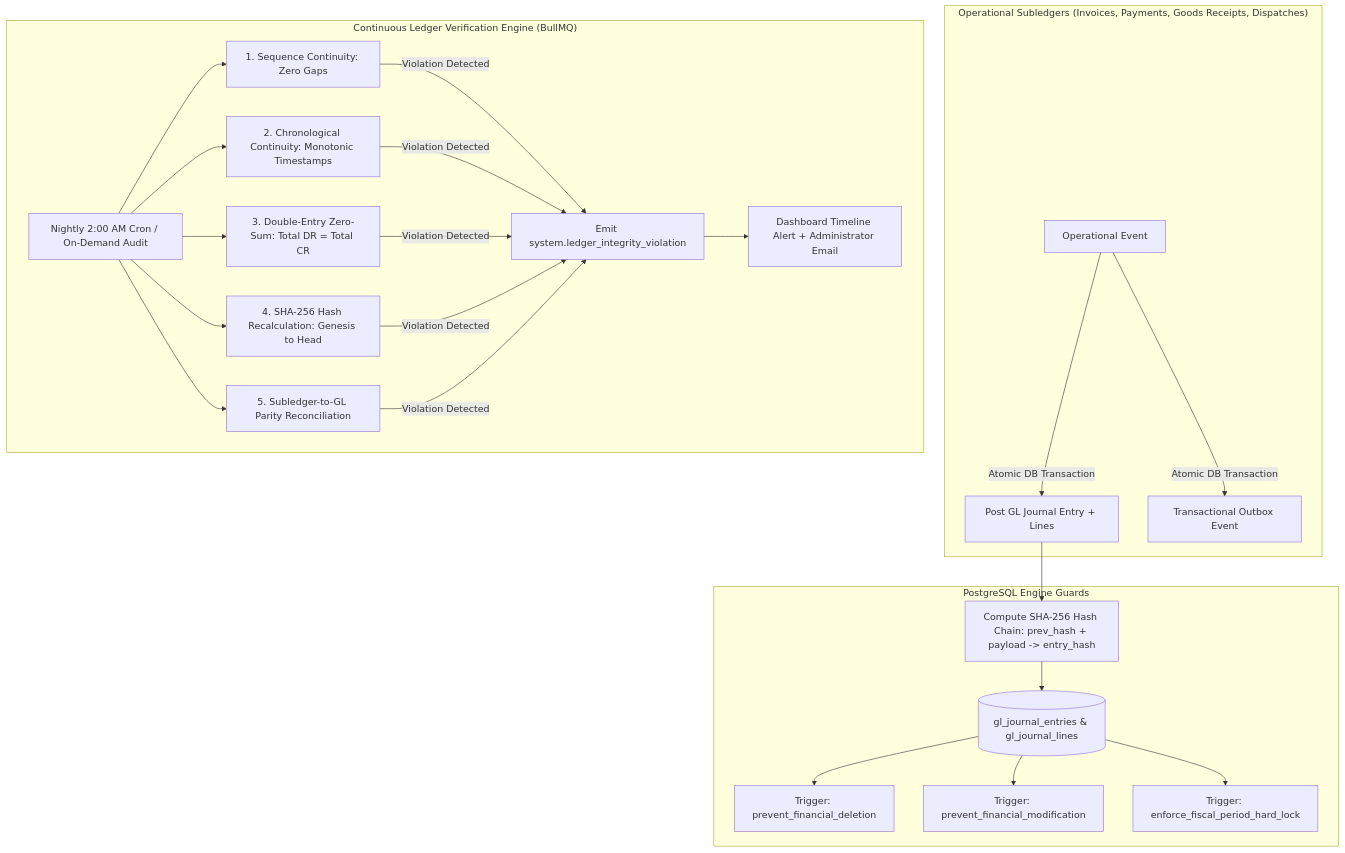
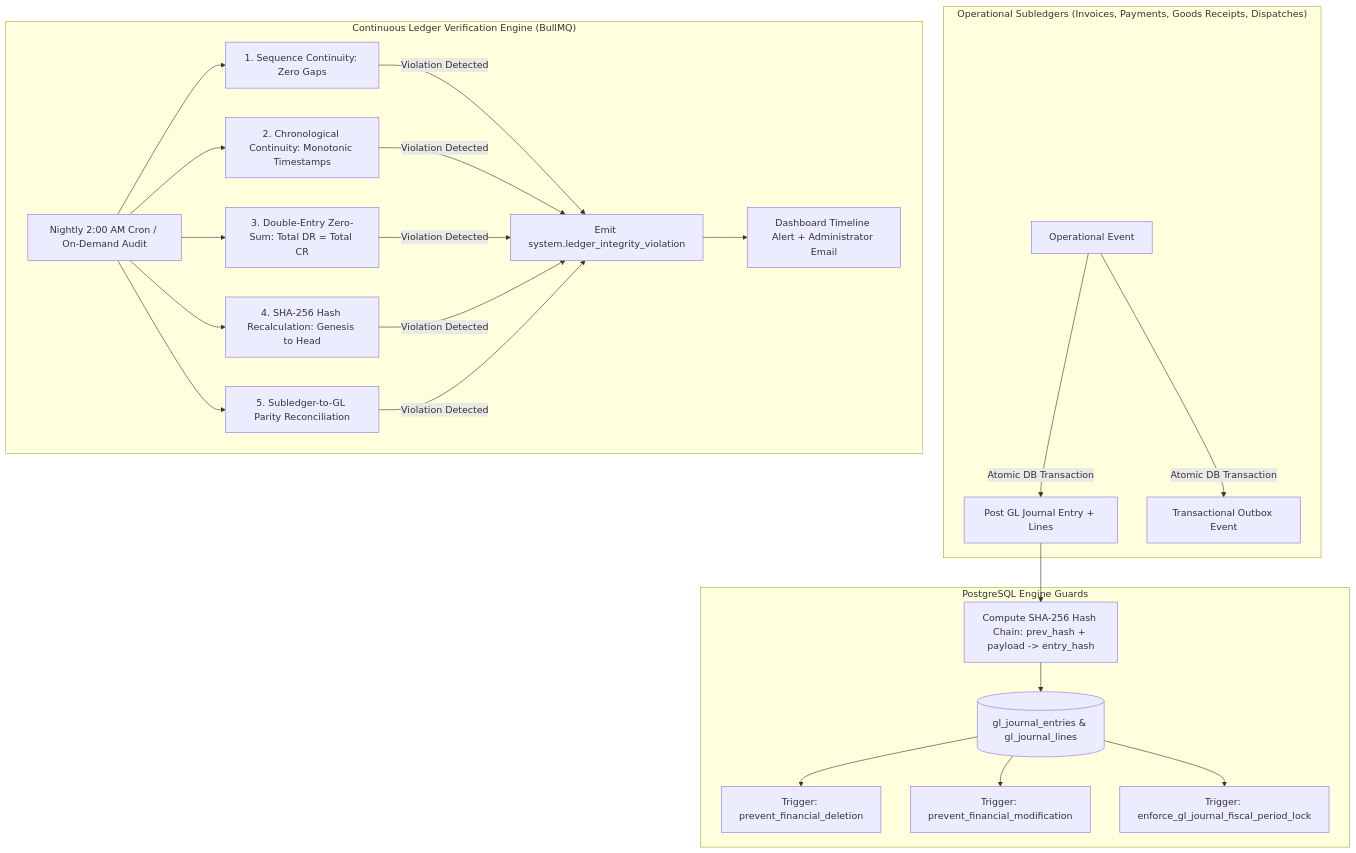
The diagram in docs/user/general_ledger.md (herobmdotcom/herobm), drawn with Mermaid before and after one commit. The commit also changed other lines of this file and 22 other files, not shown here.

````diff
--- a/docs/user/general_ledger.md
+++ b/docs/user/general_ledger.md
@@ -93,26 +93,26 @@
 ```mermaid
 flowchart TD
     subgraph Operations["Operational Subledgers (Invoices, Payments, Goods Receipts, Dispatches)"]
         A[Operational Event] -->|Atomic DB Transaction| B[Post GL Journal Entry + Lines]
         A -->|Atomic DB Transaction| C[Transactional Outbox Event]
     end
 
     subgraph Database["PostgreSQL Engine Guards"]
         B --> D[Compute SHA-256 Hash Chain: prev_hash + payload -> entry_hash]
         D --> E[(gl_journal_entries & gl_journal_lines)]
         E --> F[Trigger: prevent_financial_deletion]
         E --> G[Trigger: prevent_financial_modification]
-        E --> H[Trigger: enforce_fiscal_period_hard_lock]
+        E --> H[Trigger: enforce_gl_journal_fiscal_period_lock]
     end
 
     subgraph Verifier["Continuous Ledger Verification Engine (BullMQ)"]
         I[Nightly 2:00 AM Cron / On-Demand Audit] --> J[1. Sequence Continuity: Zero Gaps]
         I --> K[2. Chronological Continuity: Monotonic Timestamps]
         I --> L[3. Double-Entry Zero-Sum: Total DR = Total CR]
         I --> M[4. SHA-256 Hash Recalculation: Genesis to Head]
         I --> N[5. Subledger-to-GL Parity Reconciliation]
         
         J & K & L & M & N -->|Violation Detected| O[Emit system.ledger_integrity_violation]
         O --> P[Dashboard Timeline Alert + Administrator Email]
     end
 ```
````
